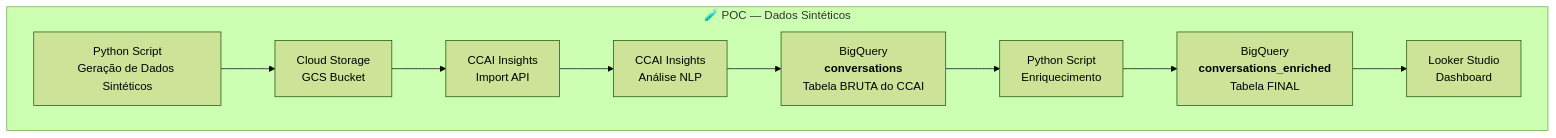
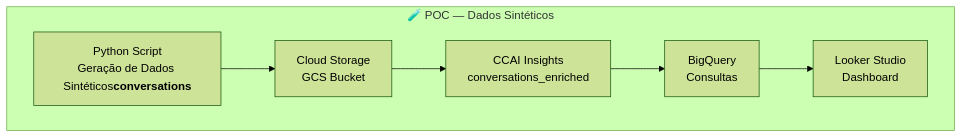
The first of 2 diagrams in README.md (felippemozer/poc-gcp-ccai), drawn with Mermaid (forest theme) before and after one commit. The commit also changed other lines of this file, not shown here.

Commit message:
altera o diagrama.

````diff
--- a/README.md
+++ b/README.md
@@ -33,14 +33,11 @@
 ```mermaid
 flowchart TD
 
     subgraph POC["🧪 POC — Dados Sintéticos"]
-        P1[Python Script<br/>Geração de Dados Sintéticos] --> P2[Cloud Storage<br/>GCS Bucket]
-        P2 --> P3[CCAI Insights<br/>Import API]
-        P3 --> P4[CCAI Insights<br/>Análise NLP]
-        P4 --> P5a[BigQuery<br/><b>conversations</b><br/>Tabela BRUTA do CCAI]
-        P5a --> P6[Python Script<br/>Enriquecimento]
-        P6 --> P5b[BigQuery<br/><b>conversations_enriched</b><br/>Tabela FINAL]
-        P5b --> P7[Looker Studio<br/>Dashboard]
+        P1[Python Script<br/>Geração de Dados Sintéticos<b>conversations</b>] --> P2[Cloud Storage<br/>GCS Bucket]
+        P2 --> P3[CCAI Insights<br/>conversations_enriched]
+        P3 --> P4[BigQuery<br/>Consultas]
+        P4 --> P5[Looker Studio<br/>Dashboard]
     end
 
 ```
````
